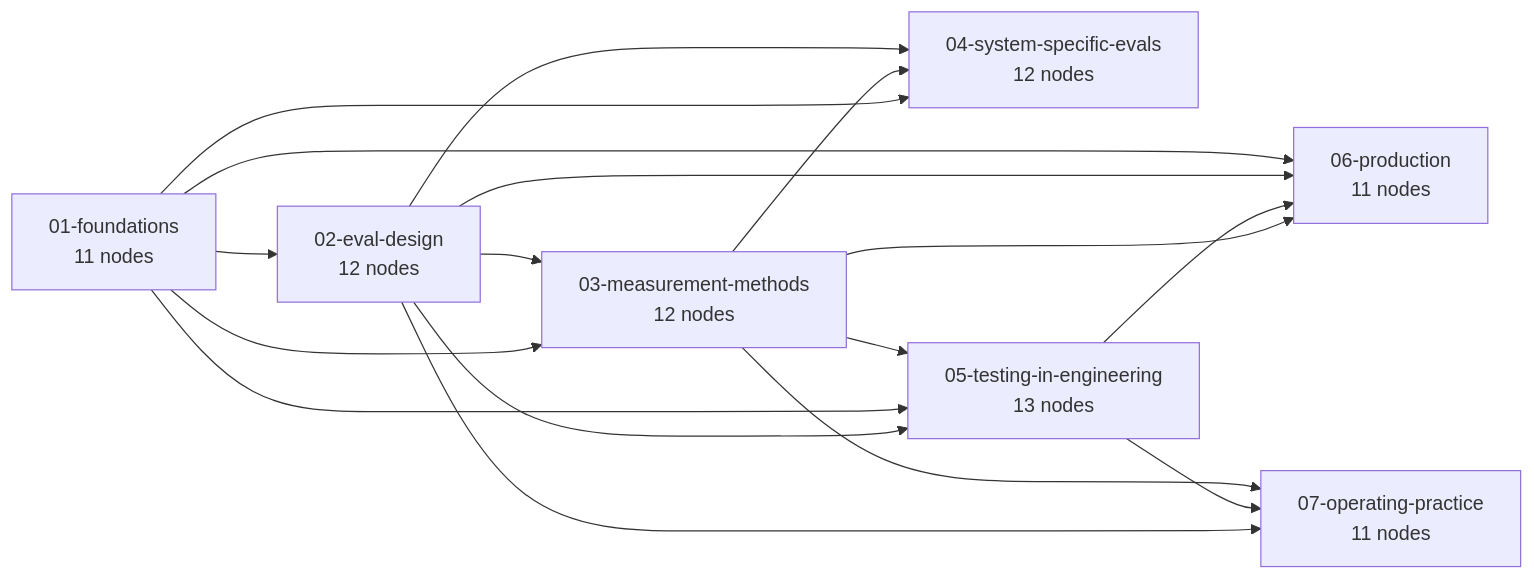
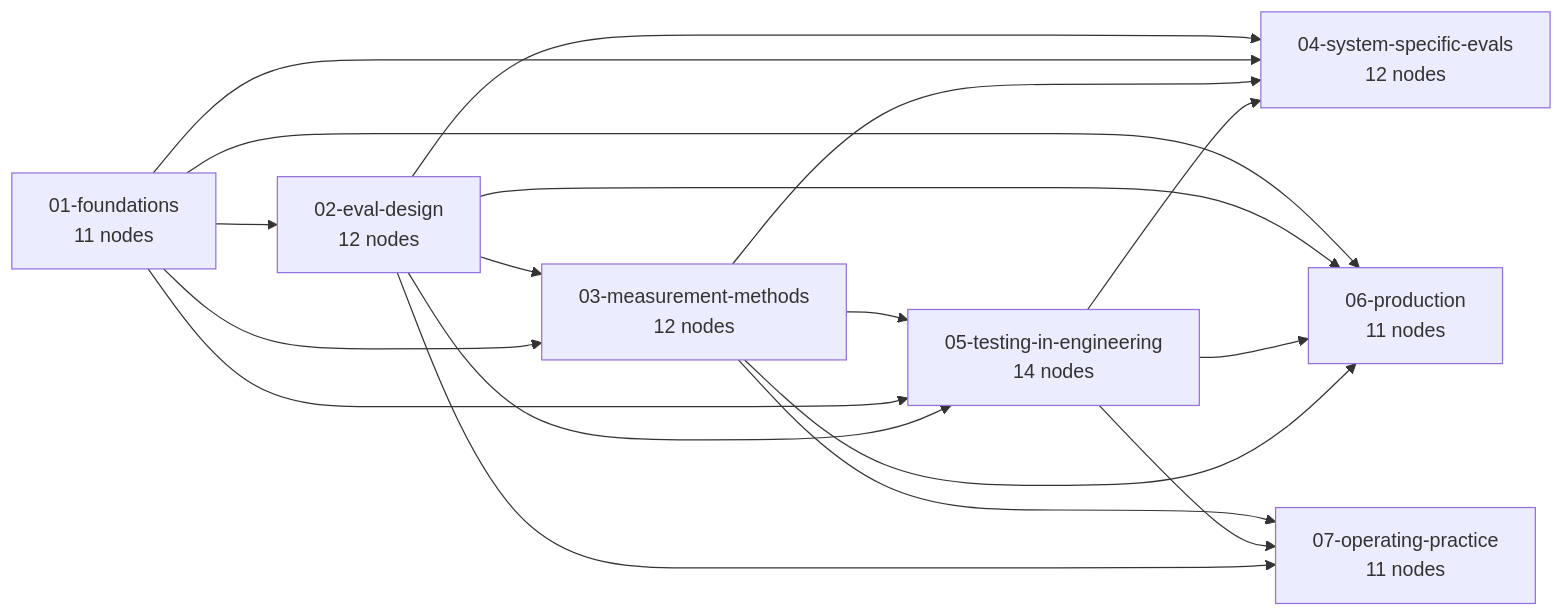
The first of 8 diagrams in map/00-overview.md (ksubramanian9/ai_evaluation), drawn with Mermaid before and after one commit. The commit also changed other lines of this file and 21 other files, not shown here.

````diff
--- a/map/00-overview.md
+++ b/map/00-overview.md
@@ -7,26 +7,27 @@
 ```mermaid
 flowchart LR
   n_01_foundations["01-foundations<br/>11 nodes"]
   n_02_eval_design["02-eval-design<br/>12 nodes"]
   n_03_measurement_methods["03-measurement-methods<br/>12 nodes"]
   n_04_system_specific_evals["04-system-specific-evals<br/>12 nodes"]
-  n_05_testing_in_engineering["05-testing-in-engineering<br/>13 nodes"]
+  n_05_testing_in_engineering["05-testing-in-engineering<br/>14 nodes"]
   n_06_production["06-production<br/>11 nodes"]
   n_07_operating_practice["07-operating-practice<br/>11 nodes"]
   n_01_foundations --> n_02_eval_design
   n_02_eval_design --> n_03_measurement_methods
   n_01_foundations --> n_03_measurement_methods
   n_02_eval_design --> n_04_system_specific_evals
+  n_01_foundations --> n_04_system_specific_evals
   n_03_measurement_methods --> n_04_system_specific_evals
-  n_01_foundations --> n_04_system_specific_evals
+  n_05_testing_in_engineering --> n_04_system_specific_evals
   n_03_measurement_methods --> n_05_testing_in_engineering
   n_01_foundations --> n_05_testing_in_engineering
   n_02_eval_design --> n_05_testing_in_engineering
   n_01_foundations --> n_06_production
   n_02_eval_design --> n_06_production
   n_05_testing_in_engineering --> n_06_production
   n_03_measurement_methods --> n_06_production
   n_03_measurement_methods --> n_07_operating_practice
   n_05_testing_in_engineering --> n_07_operating_practice
   n_02_eval_design --> n_07_operating_practice
 ```
````
